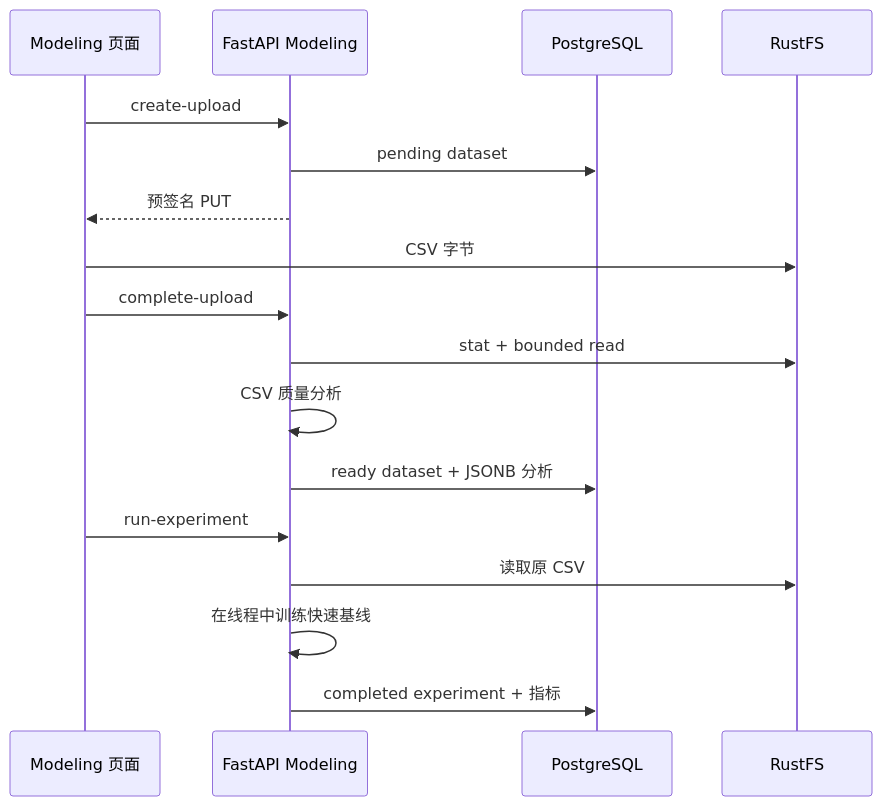
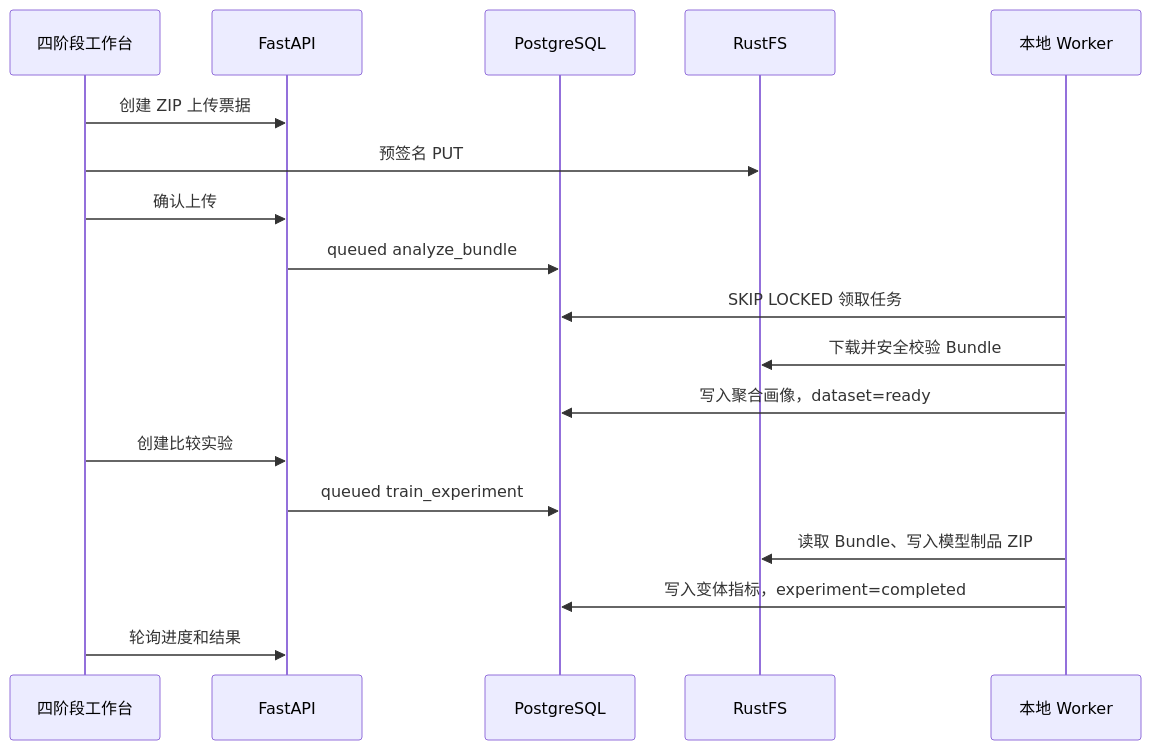
Before and after one commit to ilydouble/risk: the diagram in docs/architecture/modeling-workbench.md, drawn with Mermaid. The commit also changed other lines of this file and 16 other files, not shown here.

````diff
--- a/docs/architecture/modeling-workbench.md
+++ b/docs/architecture/modeling-workbench.md
@@ -16,19 +30,20 @@
 ```mermaid
 sequenceDiagram
-  participant UI as Modeling 页面
-  participant API as FastAPI Modeling
+  participant UI as 四阶段工作台
+  participant API as FastAPI
   participant PG as PostgreSQL
   participant S3 as RustFS
-  UI->>API: create-upload
-  API->>PG: pending dataset
-  API-->>UI: 预签名 PUT
-  UI->>S3: CSV 字节
-  UI->>API: complete-upload
-  API->>S3: stat + bounded read
-  API->>API: CSV 质量分析
-  API->>PG: ready dataset + JSONB 分析
-  UI->>API: run-experiment
-  API->>S3: 读取原 CSV
-  API->>API: 在线程中训练快速基线
-  API->>PG: completed experiment + 指标
+  participant W as 本地 Worker
+  UI->>API: 创建 ZIP 上传票据
+  UI->>S3: 预签名 PUT
+  UI->>API: 确认上传
+  API->>PG: queued analyze_bundle
+  W->>PG: SKIP LOCKED 领取任务
+  W->>S3: 下载并安全校验 Bundle
+  W->>PG: 写入聚合画像，dataset=ready
+  UI->>API: 创建比较实验
+  API->>PG: queued train_experiment
+  W->>S3: 读取 Bundle、写入模型制品 ZIP
+  W->>PG: 写入变体指标，experiment=completed
+  UI->>API: 轮询进度和结果
 ```
````
